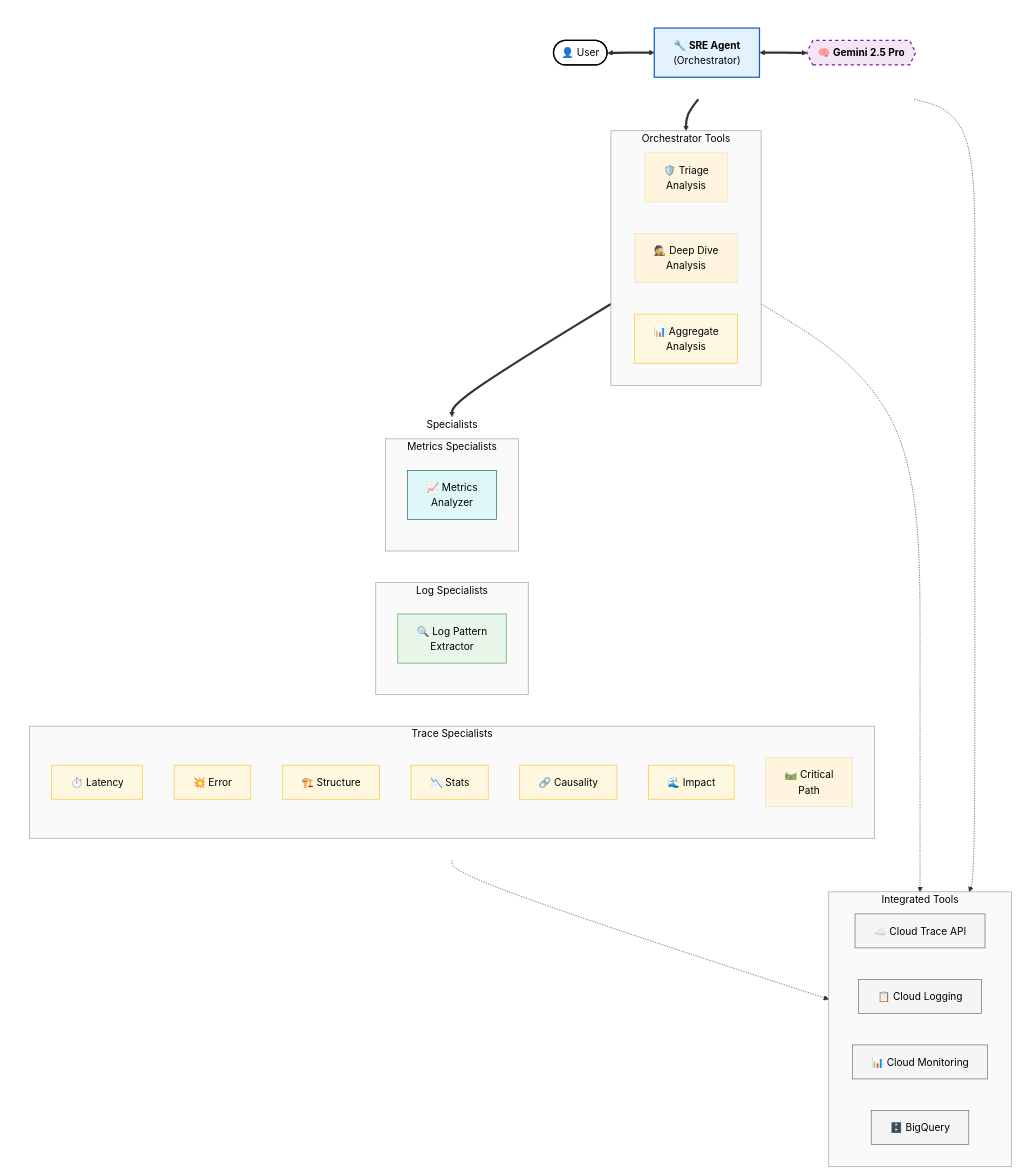
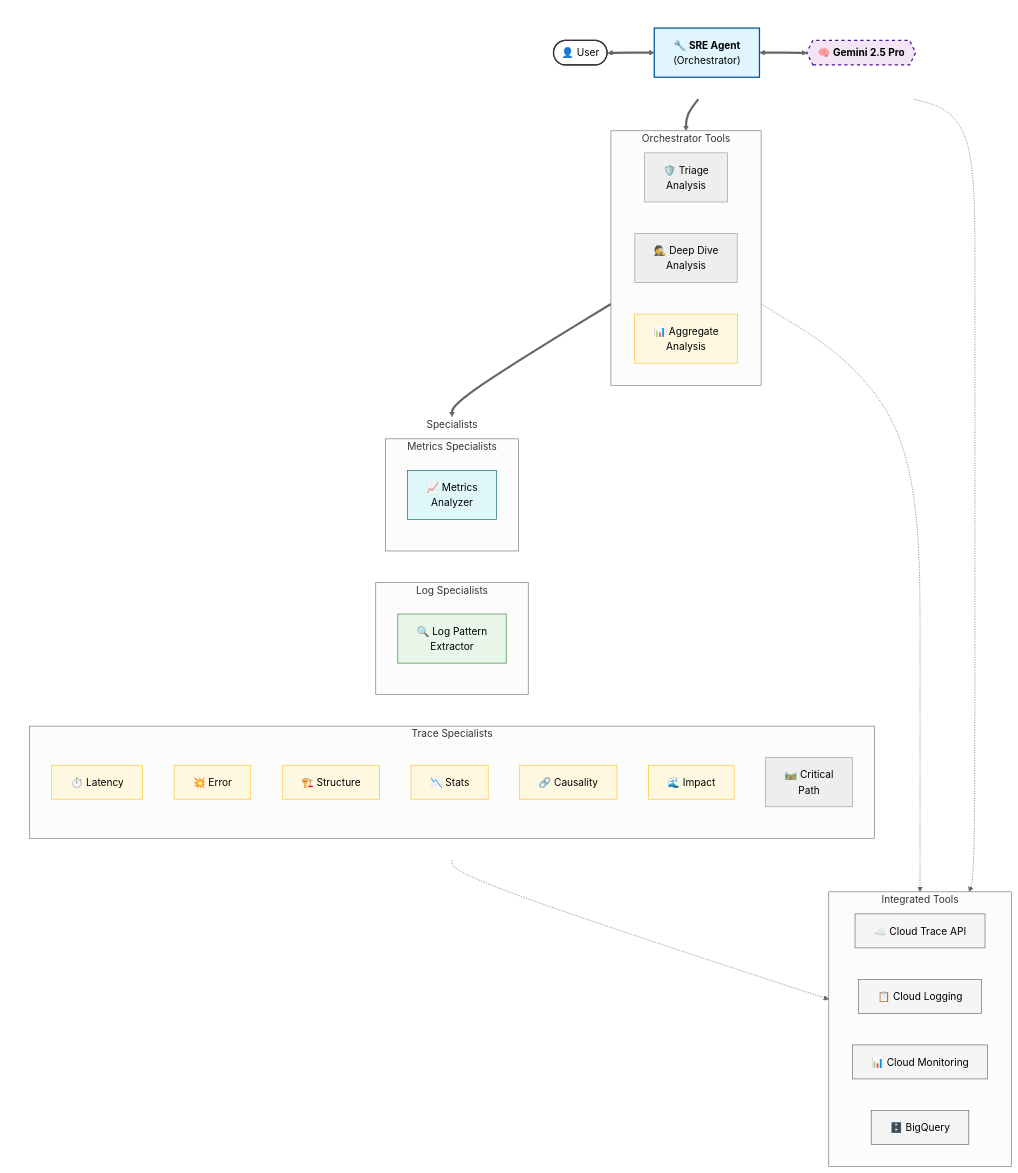
One commit to srtux/trace_analyzer changed the first of 2 diagrams in README.md. Above: the diagram before and after it, drawn with Mermaid. The commit also changed other lines of this file, not shown here.

Commit message:
Update Mermaid diagrams to use neutral theme for better visibility

````diff
--- a/README.md
+++ b/README.md
@@ -15,16 +15,5 @@
 ```mermaid
-%%{init: {
-  'theme': 'base',
-  'themeVariables': {
-    'fontFamily': 'arial',
-    'fontSize': '16px',
-    'lineColor': '#333333',
-    'primaryTextColor': '#000000',
-    'tertiaryColor': '#ffffff',
-    'clusterBkg': '#fafafa',
-    'clusterBorder': '#999999'
-  }
-}}%%
+%%{init: {'theme': 'neutral'}}%%
 flowchart TB
     subgraph ControlRow [ ]
         direction LR
@@ -85,11 +74,11 @@
     style ControlRow fill:none,stroke:none
     style Specialists fill:none,stroke:none
 
-    classDef userNode fill:#ffffff,stroke:#000000,stroke-width:2px;
-    classDef agentNode fill:#e3f2fd,stroke:#1565c0,stroke-width:2px;
-    classDef brainNode fill:#f3e5f5,stroke:#7b1fa2,stroke-width:2px,stroke-dasharray: 5 5;
+    classDef userNode fill:#ffffff,stroke:#333,stroke-width:2px;
+    classDef agentNode fill:#e1f5fe,stroke:#01579b,stroke-width:2px;
+    classDef brainNode fill:#f3e5f5,stroke:#4a148c,stroke-width:2px,stroke-dasharray: 5 5;
     classDef squadNode fill:#fff8e1,stroke:#fbc02d,stroke-width:1px;
-    classDef logNode fill:#e8f5e9,stroke:#43a047,stroke-width:1px;
+    classDef logNode fill:#e8f5e9,stroke:#2e7d32,stroke-width:1px;
     classDef metricsNode fill:#e0f7fa,stroke:#006064,stroke-width:1px;
     classDef toolNode fill:#f5f5f5,stroke:#616161,stroke-width:1px;
 
````
